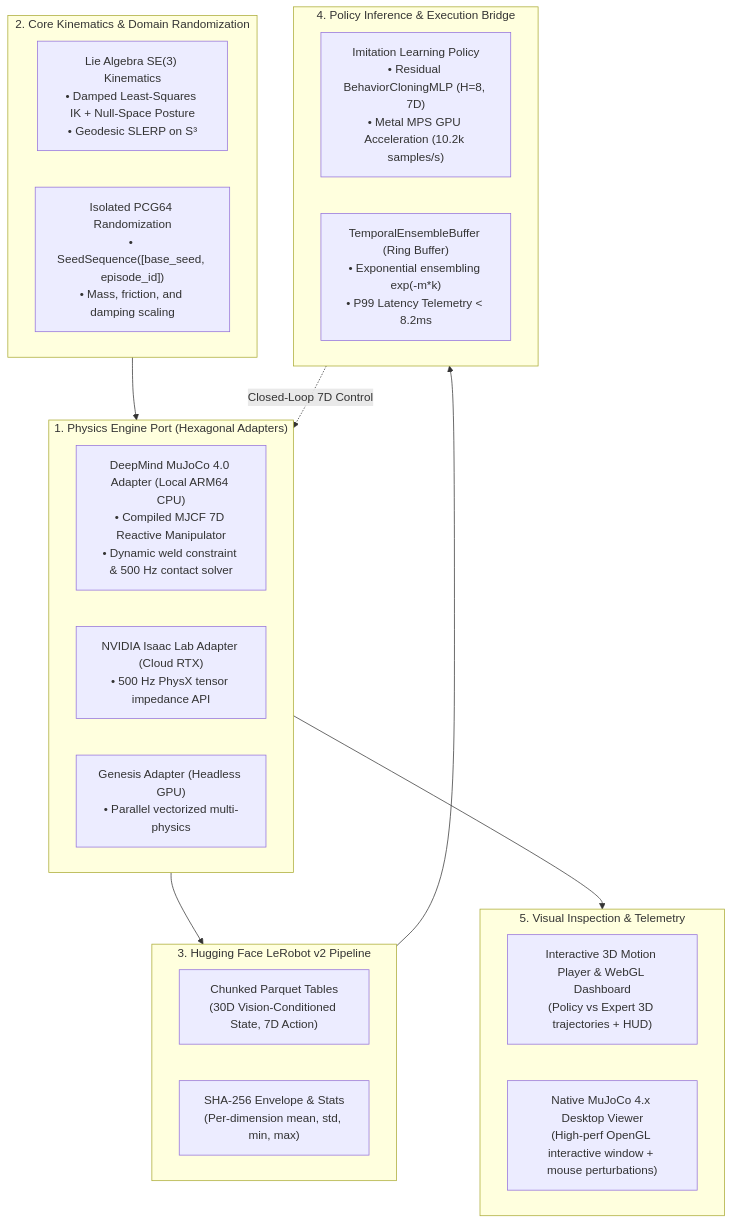
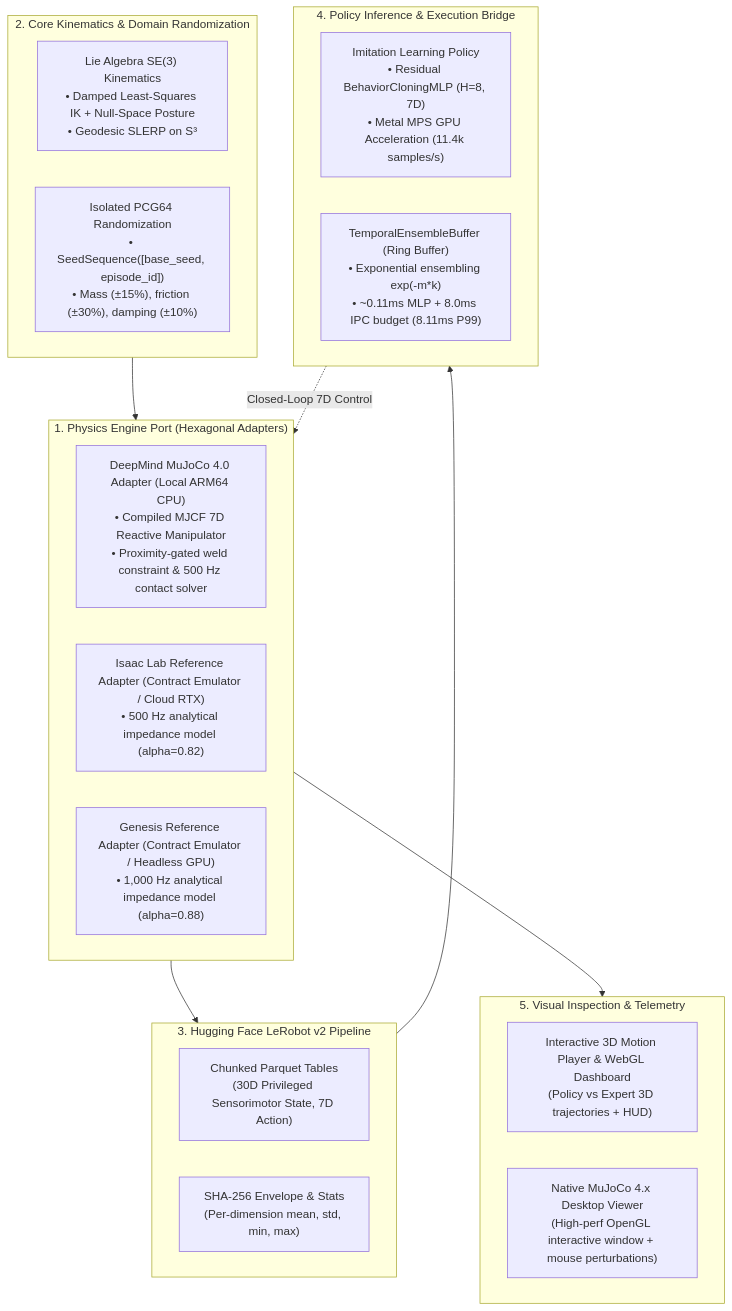
The diagram in ARTICLE_DRAFT.md (LeanoA/sim2real-data-engine), drawn with Mermaid before and after one commit. The commit also changed other lines of this file and 4 other files, not shown here.

Commit message:
docs(framing): align state-conditioned policy, latency, and sim2sim claims with code

````diff
--- a/ARTICLE_DRAFT.md
+++ b/ARTICLE_DRAFT.md
@@ -36,34 +36,34 @@
 ```mermaid
 flowchart TB
     subgraph Simulators["1. Physics Engine Port (Hexagonal Adapters)"]
-        M["DeepMind MuJoCo 4.0 Adapter (Local ARM64 CPU)<br/>• Compiled MJCF 7D Reactive Manipulator<br/>• Dynamic weld constraint & 500 Hz contact solver"]
-        I["NVIDIA Isaac Lab Adapter (Cloud RTX)<br/>• 500 Hz PhysX tensor impedance API"]
-        G["Genesis Adapter (Headless GPU)<br/>• Parallel vectorized multi-physics"]
+        M["DeepMind MuJoCo 4.0 Adapter (Local ARM64 CPU)<br/>• Compiled MJCF 7D Reactive Manipulator<br/>• Proximity-gated weld constraint & 500 Hz contact solver"]
+        I["Isaac Lab Reference Adapter (Contract Emulator / Cloud RTX)<br/>• 500 Hz analytical impedance model (alpha=0.82)"]
+        G["Genesis Reference Adapter (Contract Emulator / Headless GPU)<br/>• 1,000 Hz analytical impedance model (alpha=0.88)"]
     end
 
     subgraph Core["2. Core Kinematics & Domain Randomization"]
         K["Lie Algebra SE(3) Kinematics<br/>• Damped Least-Squares IK + Null-Space Posture<br/>• Geodesic SLERP on S³"]
-        DR["Isolated PCG64 Randomization<br/>• SeedSequence([base_seed, episode_id])<br/>• Mass, friction, and damping scaling"]
+        DR["Isolated PCG64 Randomization<br/>• SeedSequence([base_seed, episode_id])<br/>• Mass (±15%), friction (±30%), damping (±10%)"]
     end
 
     subgraph Export["3. Hugging Face LeRobot v2 Pipeline"]
-        P["Chunked Parquet Tables<br/>(30D Vision-Conditioned State, 7D Action)"]
+        P["Chunked Parquet Tables<br/>(30D Privileged Sensorimotor State, 7D Action)"]
         S["SHA-256 Envelope & Stats<br/>(Per-dimension mean, std, min, max)"]
     end
 
     subgraph PolicyBridge["4. Policy Inference & Execution Bridge"]
-        ACT["Imitation Learning Policy<br/>• Residual BehaviorCloningMLP (H=8, 7D)<br/>• Metal MPS GPU Acceleration (10.2k samples/s)"]
-        BUF["TemporalEnsembleBuffer (Ring Buffer)<br/>• Exponential ensembling exp(-m*k)<br/>• P99 Latency Telemetry < 8.2ms"]
+        ACT["Imitation Learning Policy<br/>• Residual BehaviorCloningMLP (H=8, 7D)<br/>• Metal MPS GPU Acceleration (11.4k samples/s)"]
+        BUF["TemporalEnsembleBuffer (Ring Buffer)<br/>• Exponential ensembling exp(-m*k)<br/>• ~0.11ms MLP + 8.0ms IPC budget (8.11ms P99)"]
     end
 
     subgraph Vis["5. Visual Inspection & Telemetry"]
         PLT["Interactive 3D Motion Player & WebGL Dashboard<br/>(Policy vs Expert 3D trajectories + HUD)"]
         GUI["Native MuJoCo 4.x Desktop Viewer<br/>(High-perf OpenGL interactive window + mouse perturbations)"]
     end
 
     Core --> Simulators
     Simulators --> Export
     Export --> PolicyBridge
     PolicyBridge -.->|"Closed-Loop 7D Control"| Simulators
     Simulators --> Vis
 ```
````
